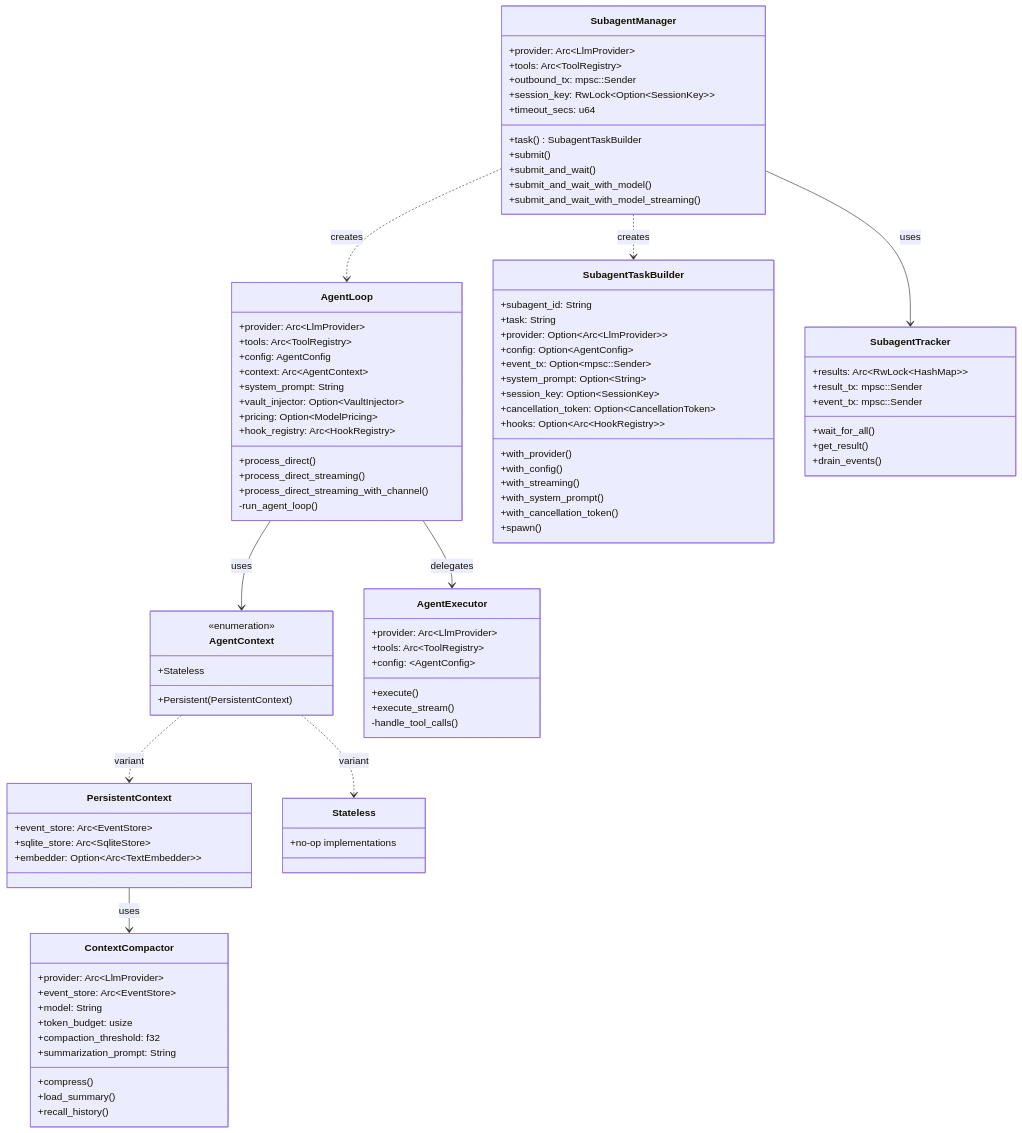
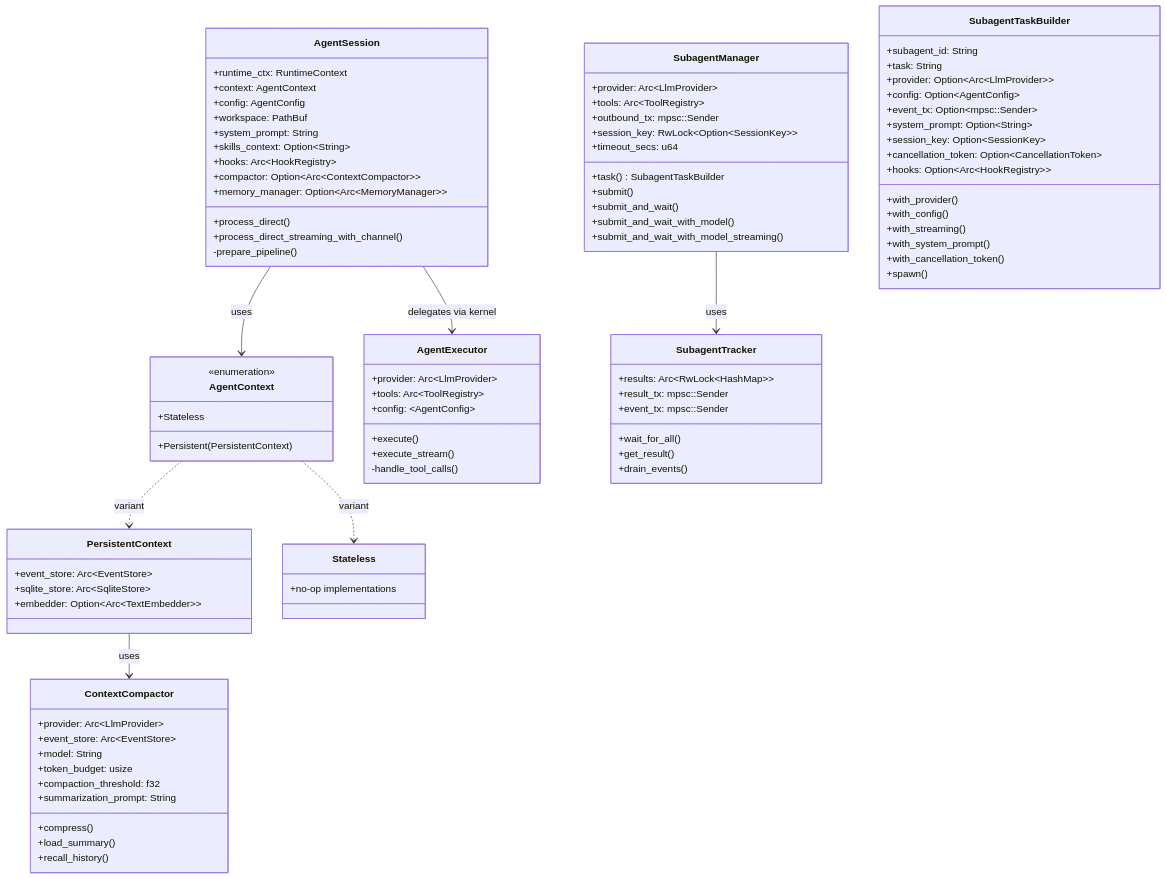
Before and after one commit to yeheng/nanobot-rs: the fourth of 4 diagrams in docs/agent_flow-en.md, drawn with Mermaid. The commit also changed other lines of this file and 12 other files, not shown here.

First line of the commit message:
feat(docs): 重构架构文档以反映 AgentSession 与 Kernel 分离设计

````diff
--- a/docs/agent_flow-en.md
+++ b/docs/agent_flow-en.md
@@ -144,18 +143,18 @@
 ```mermaid
 classDiagram
-    class AgentLoop {
-        +provider: Arc~LlmProvider~
-        +tools: Arc~ToolRegistry~
+    class AgentSession {
+        +runtime_ctx: RuntimeContext
+        +context: AgentContext
         +config: AgentConfig
-        +context: Arc~AgentContext~
+        +workspace: PathBuf
         +system_prompt: String
-        +vault_injector: Option~VaultInjector~
-        +pricing: Option~ModelPricing~
-        +hook_registry: Arc~HookRegistry~
+        +skills_context: Option~String~
+        +hooks: Arc~HookRegistry~
+        +compactor: Option~Arc~ContextCompactor~~
+        +memory_manager: Option~Arc~MemoryManager~~
         +process_direct()
-        +process_direct_streaming()
         +process_direct_streaming_with_channel()
-        -run_agent_loop()
+        -prepare_pipeline()
     }
 
     class ContextCompactor {
@@ -235,12 +234,10 @@
         +drain_events()
     }
 
-    AgentLoop --> AgentContext : uses
+    AgentSession --> AgentContext : uses
     AgentContext ..> PersistentContext : variant
     AgentContext ..> Stateless : variant
     PersistentContext --> ContextCompactor : uses
-    AgentLoop --> AgentExecutor : delegates
-    SubagentManager ..> AgentLoop : creates
+    AgentSession --> AgentExecutor : delegates via kernel
     SubagentManager --> SubagentTracker : uses
-    SubagentManager ..> SubagentTaskBuilder : creates
 ```
````
